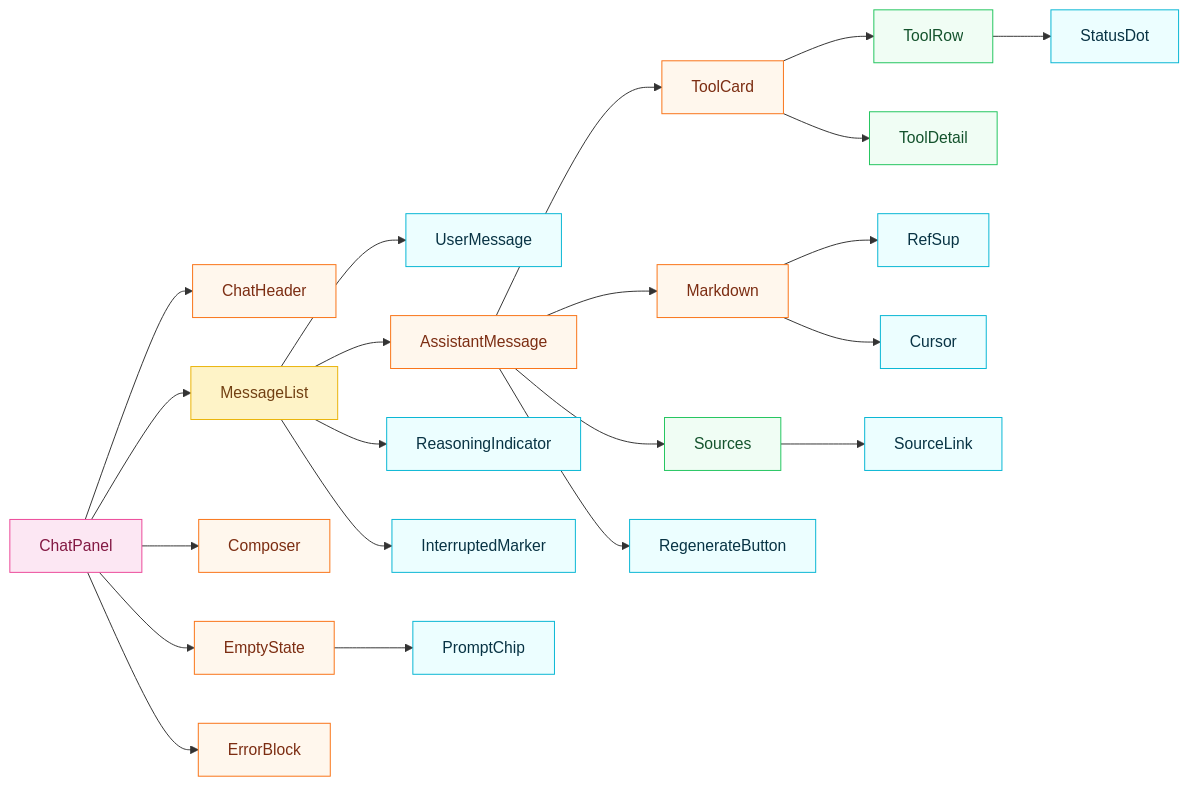
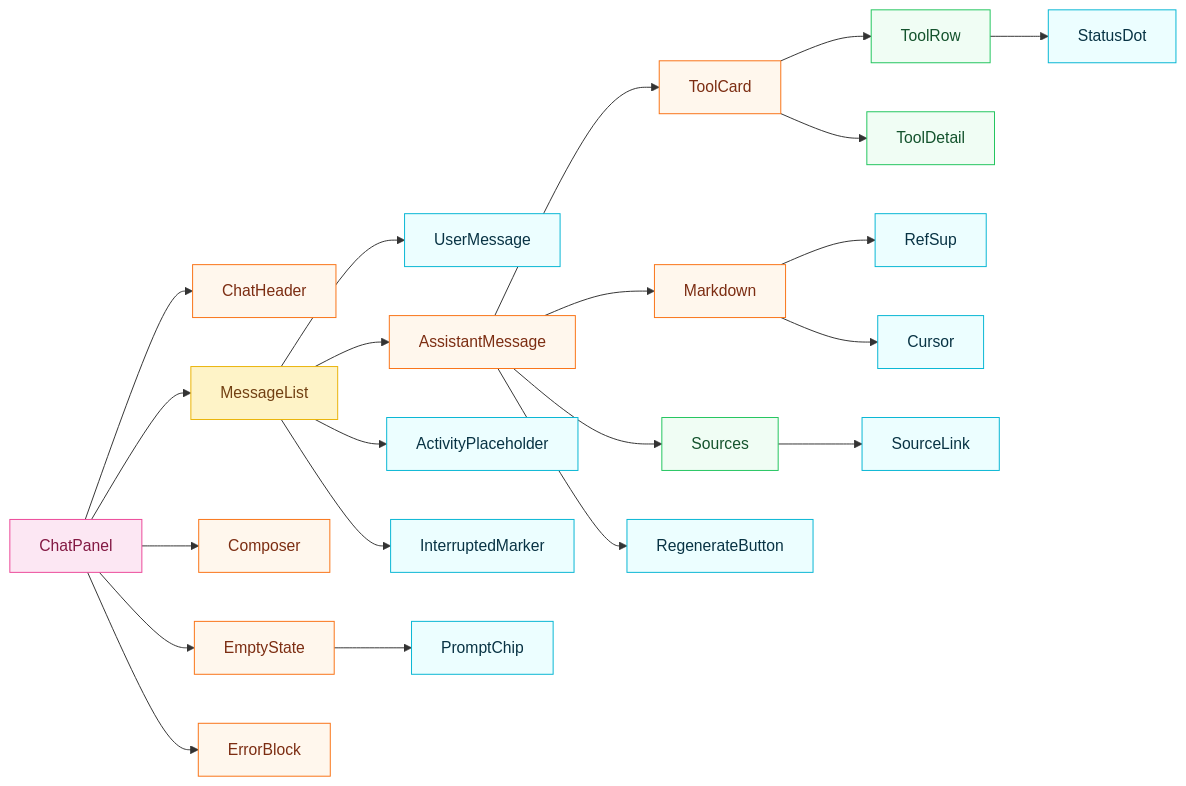
One commit to wei-yiting/fin-lab-x changed the second of 4 diagrams in docs/frontend_chat_architecture.md. Above: the diagram before and after it, drawn with Mermaid. The commit also changed other lines of this file and 19 other files, not shown here.

````diff
--- a/docs/frontend_chat_architecture.md
+++ b/docs/frontend_chat_architecture.md
@@ -94,41 +94,41 @@
 ```mermaid
 flowchart LR
     ChatPanel --> ChatHeader
     ChatPanel --> MessageList
     ChatPanel --> Composer
     ChatPanel --> EmptyState
     ChatPanel --> ErrorBlock
 
     MessageList --> UserMessage
     MessageList --> AssistantMessage
-    MessageList --> ReasoningIndicator
+    MessageList --> ActivityPlaceholder
     MessageList --> InterruptedMarker
 
     AssistantMessage --> ToolCard
     AssistantMessage --> Markdown
     AssistantMessage --> Sources
     AssistantMessage --> RegenerateButton
 
     ToolCard --> ToolRow
     ToolCard --> ToolDetail
     ToolRow --> StatusDot
 
     Markdown --> RefSup
     Markdown --> Cursor
 
     Sources --> SourceLink
 
     EmptyState --> PromptChip
 
     classDef atomCls fill:#ecfeff,stroke:#06b6d4,color:#083344
     classDef moleculeCls fill:#f0fdf4,stroke:#22c55e,color:#14532d
     classDef organismCls fill:#fff7ed,stroke:#f97316,color:#7c2d12
     classDef templateCls fill:#fef3c7,stroke:#eab308,color:#713f12
     classDef pageCls fill:#fce7f3,stroke:#ec4899,color:#831843
 
-    class StatusDot,RefSup,Cursor,ReasoningIndicator,PromptChip,RegenerateButton,InterruptedMarker,SourceLink,UserMessage atomCls
+    class StatusDot,RefSup,Cursor,ActivityPlaceholder,PromptChip,RegenerateButton,InterruptedMarker,SourceLink,UserMessage atomCls
     class ToolRow,ToolDetail,Sources moleculeCls
     class ChatHeader,AssistantMessage,ToolCard,Markdown,ErrorBlock,Composer,EmptyState organismCls
     class MessageList templateCls
     class ChatPanel pageCls
 ```
````
